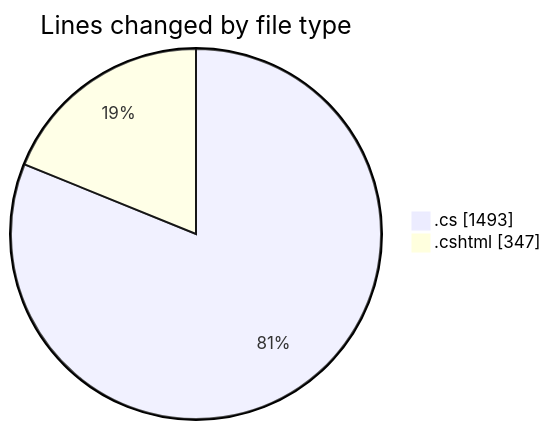
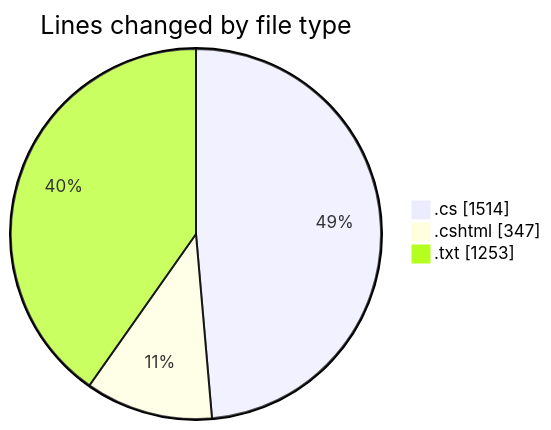
One commit to lephambinh05/code-tracking changed the first of 2 diagrams in 2025-07-24/quanlyrapchieuphim-1/README.md. Above: the diagram before and after it, drawn with Mermaid. The commit also changed other lines of this file and 1 other file, not shown here.

````diff
--- a/2025-07-24/quanlyrapchieuphim-1/README.md
+++ b/2025-07-24/quanlyrapchieuphim-1/README.md
@@ -25,6 +26,7 @@
 ```mermaid
 pie showData
 title Lines changed by file type
-".cs" : 1493
+".cs" : 1514
 ".cshtml" : 347
+".txt" : 1253
 ```
````
